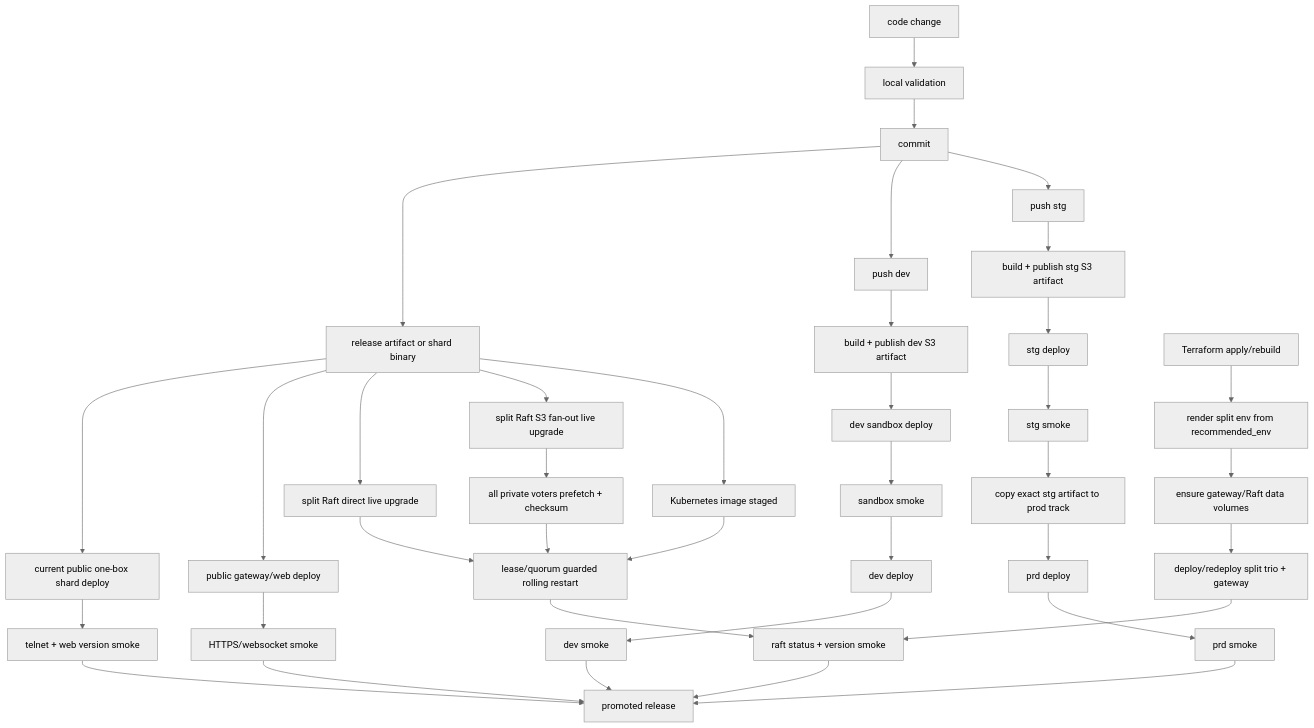
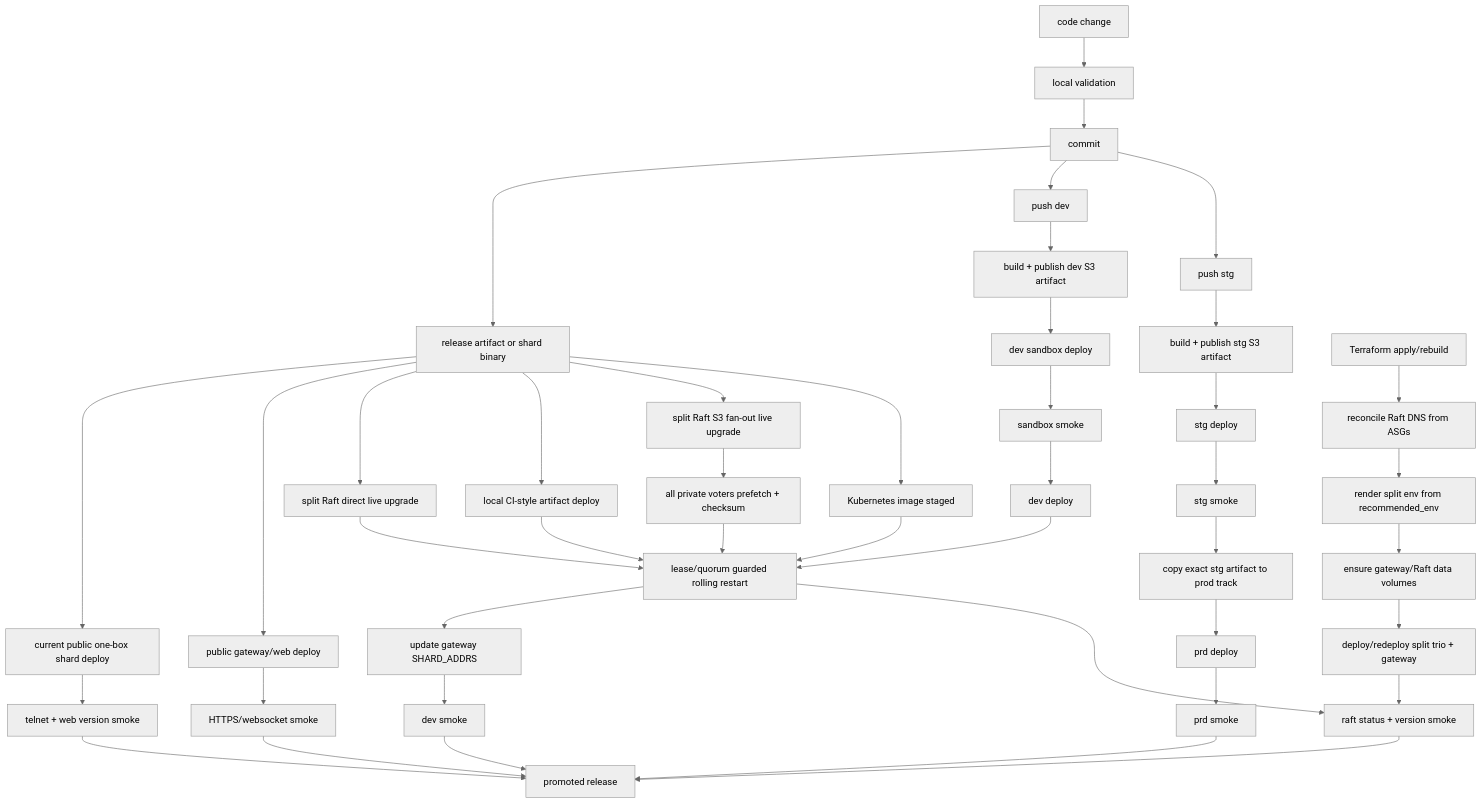
The diagram in docs/deployment_stories.md (fanzynoodle/slopmud), drawn with Mermaid (neutral theme) before and after one commit. The commit also changed other lines of this file and 25 other files, not shown here.

Commit message:
Use DNS-based Raft discovery for dev deploys

````diff
--- a/docs/deployment_stories.md
+++ b/docs/deployment_stories.md
@@ -11,47 +11,52 @@
 ```mermaid
 flowchart TD
   code[code change] --> local[local validation]
   local --> commit[commit]
   commit --> artifact[release artifact or shard binary]
 
   artifact --> onebox[current public one-box shard deploy]
   onebox --> oneboxSmoke[telnet + web version smoke]
 
   artifact --> web[public gateway/web deploy]
   web --> webSmoke[HTTPS/websocket smoke]
 
   commit --> pushDev[push dev]
   commit --> pushStg[push stg]
   pushDev --> devArtifact[build + publish dev S3 artifact]
   pushStg --> stgArtifact[build + publish stg S3 artifact]
   devArtifact --> sandbox[dev sandbox deploy]
   sandbox --> sandboxSmoke[sandbox smoke]
   sandboxSmoke --> devDeploy[dev deploy]
-  devDeploy --> devSmoke[dev smoke]
+  devDeploy --> roll
+  roll --> gateway[update gateway SHARD_ADDRS]
+  gateway --> devSmoke[dev smoke]
 
   stgArtifact --> stgDeploy[stg deploy]
   stgDeploy --> stgSmoke[stg smoke]
   stgSmoke --> promoteCopy[copy exact stg artifact to prod track]
   promoteCopy --> prodDeploy[prd deploy]
   prodDeploy --> prodSmoke[prd smoke]
 
   artifact --> splitDirect[split Raft direct live upgrade]
+  artifact --> splitAsset[local CI-style artifact deploy]
   artifact --> splitS3[split Raft S3 fan-out live upgrade]
   artifact --> k8sStage[Kubernetes image staged]
+  splitAsset --> roll
   splitS3 --> prefetch[all private voters prefetch + checksum]
   splitDirect --> roll[lease/quorum guarded rolling restart]
   prefetch --> roll
   k8sStage --> roll
   roll --> raftSmoke[raft status + version smoke]
 
-  tf[Terraform apply/rebuild] --> render[render split env from recommended_env]
+  tf[Terraform apply/rebuild] --> dns[reconcile Raft DNS from ASGs]
+  dns --> render[render split env from recommended_env]
   render --> volumes[ensure gateway/Raft data volumes]
   volumes --> splitDeploy[deploy/redeploy split trio + gateway]
   splitDeploy --> raftSmoke
 
   oneboxSmoke --> promoted[promoted release]
   webSmoke --> promoted
   devSmoke --> promoted
   prodSmoke --> promoted
   raftSmoke --> promoted
 ```
````
